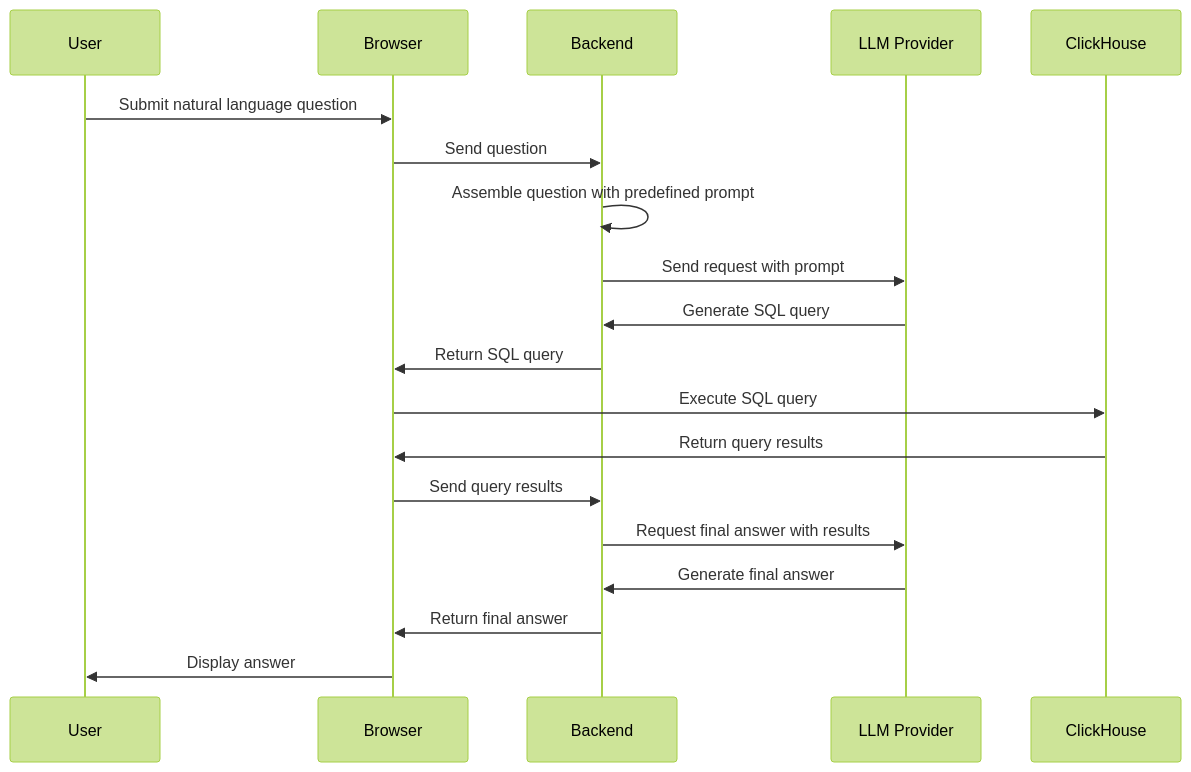
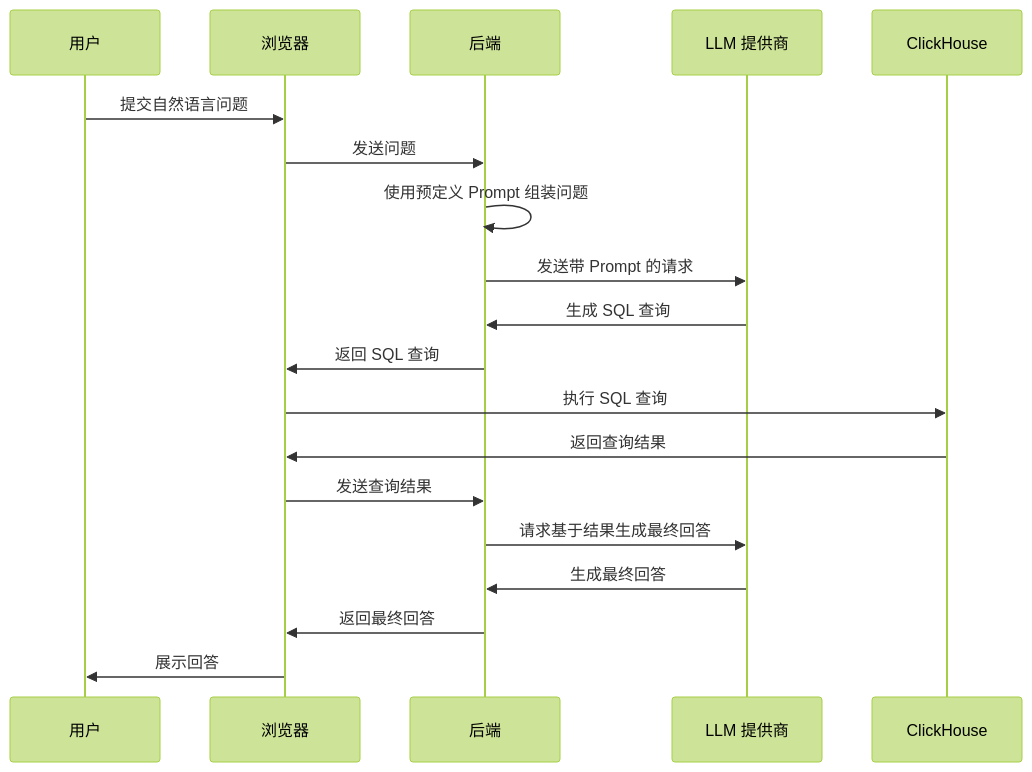
The diagram in datastoria-web/docs/versions/v1.1.0/manual/02-ai-features/natural-language-sql.md (CCweixiao/datastoria-server), drawn with Mermaid (forest theme) before and after one commit. The commit also changed other lines of this file and 397 other files, not shown here.

````diff
--- a/datastoria-web/docs/versions/v1.1.0/manual/02-ai-features/natural-language-sql.md
+++ b/datastoria-web/docs/versions/v1.1.0/manual/02-ai-features/natural-language-sql.md
@@ -58,22 +58,22 @@
 ```mermaid
 sequenceDiagram
-    participant User
-    participant Browser
-    participant Backend
-    participant LLM as LLM Provider
+    participant User as 用户
+    participant Browser as 浏览器
+    participant Backend as 后端
+    participant LLM as LLM 提供商
     participant ClickHouse
 
-    User->>Browser: Submit natural language question
-    Browser->>Backend: Send question
-    Backend->>Backend: Assemble question with predefined prompt
-    Backend->>LLM: Send request with prompt
-    LLM->>Backend: Generate SQL query
-    Backend->>Browser: Return SQL query
-    Browser->>ClickHouse: Execute SQL query
-    ClickHouse->>Browser: Return query results
-    Browser->>Backend: Send query results
-    Backend->>LLM: Request final answer with results
-    LLM->>Backend: Generate final answer
-    Backend->>Browser: Return final answer
-    Browser->>User: Display answer
+    User->>Browser: 提交自然语言问题
+    Browser->>Backend: 发送问题
+    Backend->>Backend: 使用预定义 Prompt 组装问题
+    Backend->>LLM: 发送带 Prompt 的请求
+    LLM->>Backend: 生成 SQL 查询
+    Backend->>Browser: 返回 SQL 查询
+    Browser->>ClickHouse: 执行 SQL 查询
+    ClickHouse->>Browser: 返回查询结果
+    Browser->>Backend: 发送查询结果
+    Backend->>LLM: 请求基于结果生成最终回答
+    LLM->>Backend: 生成最终回答
+    Backend->>Browser: 返回最终回答
+    Browser->>User: 展示回答
 ```
````
